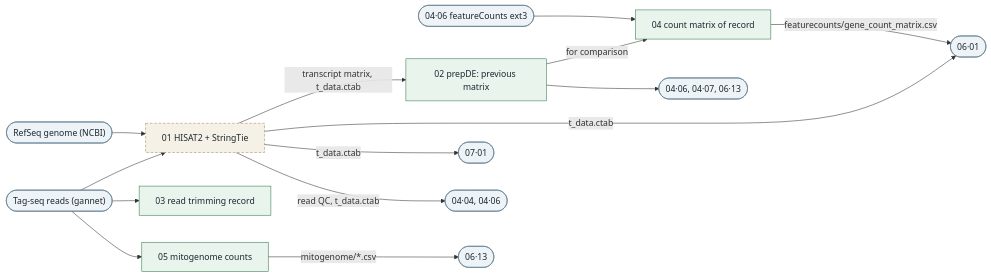
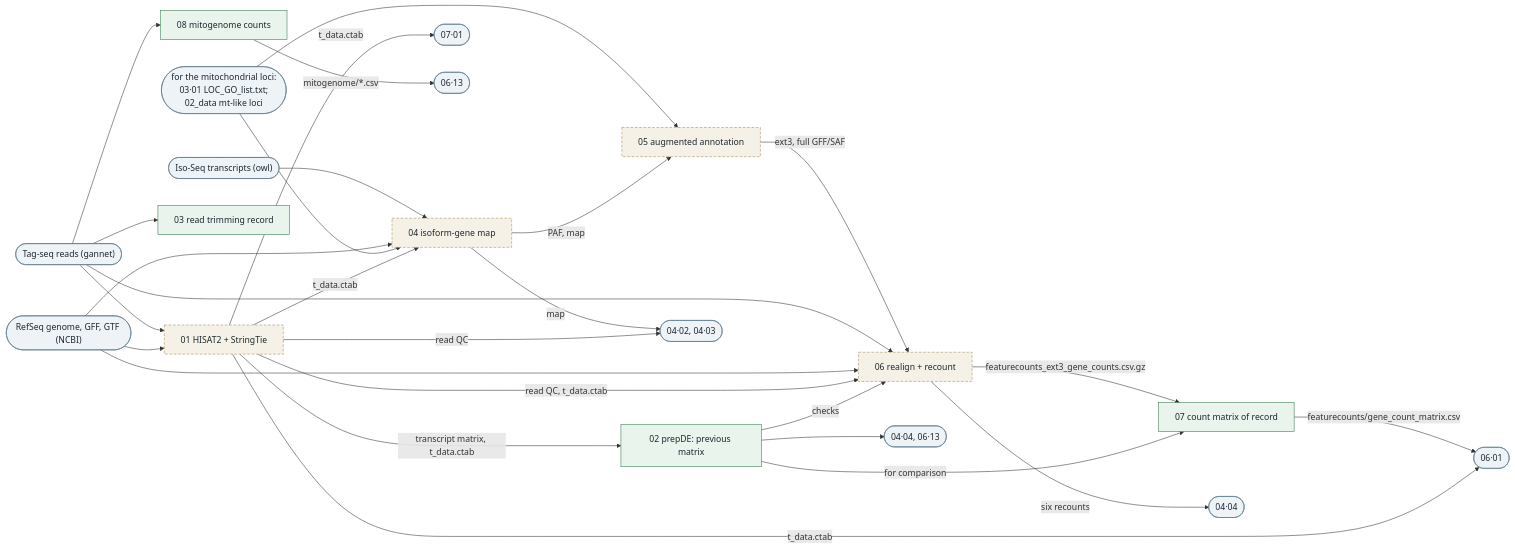
Before and after one commit to mattgeorgephd/PSMFC-mytilus-byssus-pilot: the fifth of 9 diagrams in README.md, drawn with Mermaid. The commit also changed other lines of this file and 109 other files, not shown here.

First line of the commit message:
Move the count-building steps into 05_sequence-alignment

````diff
--- a/README.md
+++ b/README.md
@@ -293,30 +280,46 @@
 ```mermaid
 flowchart LR
   reads(["Tag-seq reads (gannet)"])
-  ncbi(["RefSeq genome (NCBI)"])
-  i6(["04·06 featureCounts ext3"])
+  ncbi(["RefSeq genome, GFF, GTF (NCBI)"])
+  iso(["Iso-Seq transcripts (owl)"])
+  mt(["for the mitochondrial loci:<br>03·01 LOC_GO_list.txt;<br>02_data mt-like loci"])
   a1["01 HISAT2 + StringTie"]
   a2["02 prepDE: previous matrix"]
   a3["03 read trimming record"]
-  a4["04 count matrix of record"]
-  a5["05 mitogenome counts"]
+  a4["04 isoform-gene map"]
+  a5["05 augmented annotation"]
+  a6["06 realign + recount"]
+  a7["07 count matrix of record"]
+  a8["08 mitogenome counts"]
   reads --> a1
   ncbi --> a1
   a1 -- "transcript matrix, t_data.ctab" --> a2
   reads --> a3
-  i6 --> a4
-  a2 -- "for comparison" --> a4
-  reads --> a5
-  a4 -- "featurecounts/gene_count_matrix.csv" --> d1(["06·01"])
+  iso --> a4
+  ncbi --> a4
+  mt --> a4
+  mt --> a5
+  a1 -- "t_data.ctab" --> a4
+  a4 -- "PAF, map" --> a5 -- "ext3, full GFF/SAF" --> a6
+  reads --> a6
+  ncbi --> a6
+  a1 -- "read QC, t_data.ctab" --> a6
+  a2 -- "checks" --> a6
+  a6 -- "featurecounts_ext3_gene_counts.csv.gz" --> a7
+  a2 -- "for comparison" --> a7
+  reads --> a8
+  a7 -- "featurecounts/gene_count_matrix.csv" --> d1(["06·01"])
   a1 -- "t_data.ctab" --> d1
   a1 -- "t_data.ctab" --> g1(["07·01"])
-  a1 -- "read QC, t_data.ctab" --> i(["04·04, 04·06"])
-  a2 --> i67(["04·06, 04·07, 06·13"])
-  a5 -- "mitogenome/*.csv" --> d13(["06·13"])
+  a4 -- "map" --> o4(["04·02, 04·03"])
+  a1 -- "read QC" --> o4
+  a6 -- "six recounts" --> o44(["04·04"])
+  a2 --> o2(["04·04, 06·13"])
+  a8 -- "mitogenome/*.csv" --> d13(["06·13"])
   classDef ext fill:#eef3f7,stroke:#5b7a8c,color:#1b2730
   classDef off fill:#f6f1e6,stroke:#a08a5a,stroke-dasharray:5 3,color:#1b2730
   classDef run fill:#e8f4ec,stroke:#2f7a4a,color:#1b2730
-  class reads,ncbi,i6,d1,g1,i,i67,d13 ext
-  class a1 off
-  class a2,a3,a4,a5 run
+  class reads,ncbi,iso,mt,d1,g1,o4,o44,o2,d13 ext
+  class a1,a4,a5,a6 off
+  class a2,a3,a7,a8 run
 ```
````
